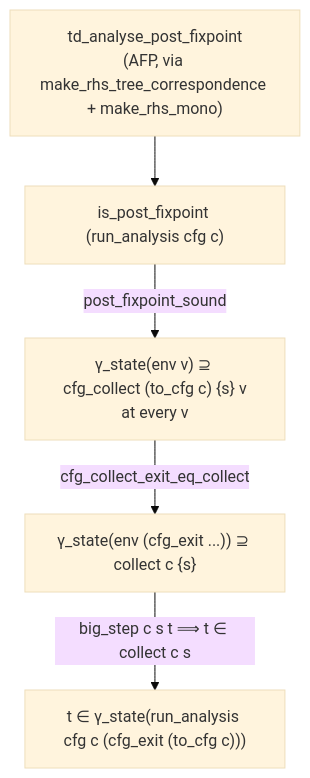
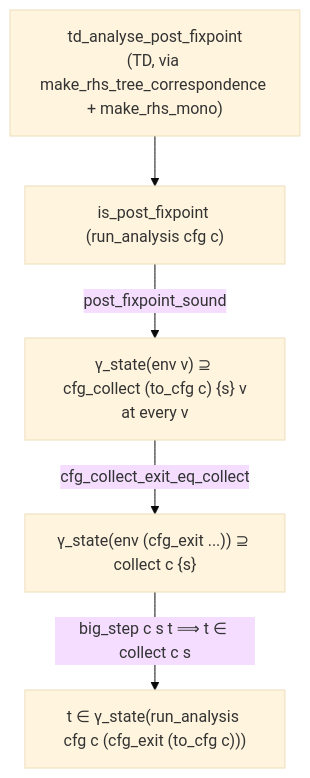
The fifth of 6 diagrams in docs/PIPELINE_WALKTHROUGH.md (ManuelLerchner/Voblint-Verification-Master-Thesis), drawn with Mermaid (base theme) before and after one commit. The commit also changed other lines of this file and 20 other files, not shown here.

````diff
--- a/docs/PIPELINE_WALKTHROUGH.md
+++ b/docs/PIPELINE_WALKTHROUGH.md
@@ -351,12 +329,12 @@
 ```mermaid
 flowchart TD
-  S1["td_analyse_post_fixpoint<br/>(AFP, via make_rhs_tree_correspondence + make_rhs_mono)"]
+  S1["td_analyse_post_fixpoint<br/>(TD, via make_rhs_tree_correspondence + make_rhs_mono)"]
   S2["is_post_fixpoint (run_analysis cfg c)"]
   S3["γ_state(env v) ⊇ cfg_collect (to_cfg c) {s} v<br/>at every v"]
   S4["γ_state(env (cfg_exit ...)) ⊇ collect c {s}"]
   S5["t ∈ γ_state(run_analysis cfg c (cfg_exit (to_cfg c)))"]
   S1 --> S2
   S2 -->|post_fixpoint_sound| S3
   S3 -->|cfg_collect_exit_eq_collect| S4
   S4 -->|big_step c s t ⟹ t ∈ collect c s| S5
 ```
````
